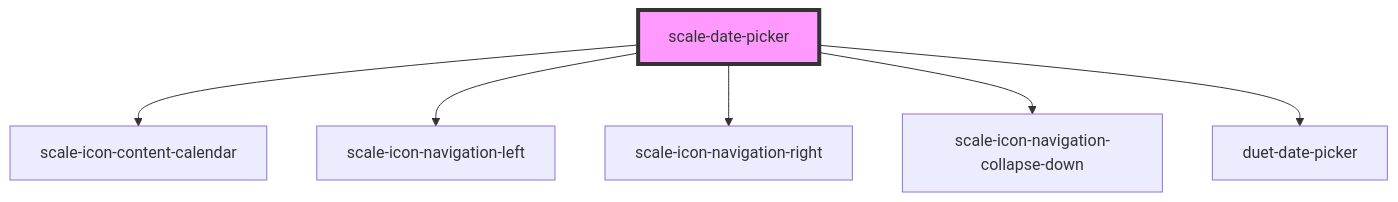
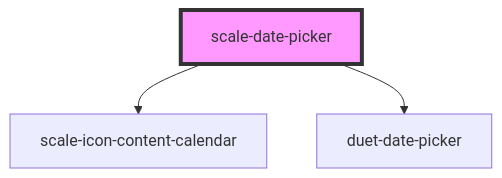
One commit to telekom/scale changed the diagram in packages/components/src/components/date-picker/readme.md. Above: the diagram before and after it, drawn with Mermaid. The commit also changed other lines of this file and 21 other files, not shown here.

````diff
--- a/packages/components/src/components/date-picker/readme.md
+++ b/packages/components/src/components/date-picker/readme.md
@@ -90,9 +86,6 @@
 ```mermaid
 graph TD;
   scale-date-picker --> scale-icon-content-calendar
-  scale-date-picker --> scale-icon-navigation-left
-  scale-date-picker --> scale-icon-navigation-right
-  scale-date-picker --> scale-icon-navigation-collapse-down
   scale-date-picker --> duet-date-picker
   style scale-date-picker fill:#f9f,stroke:#333,stroke-width:4px
 ```
````
